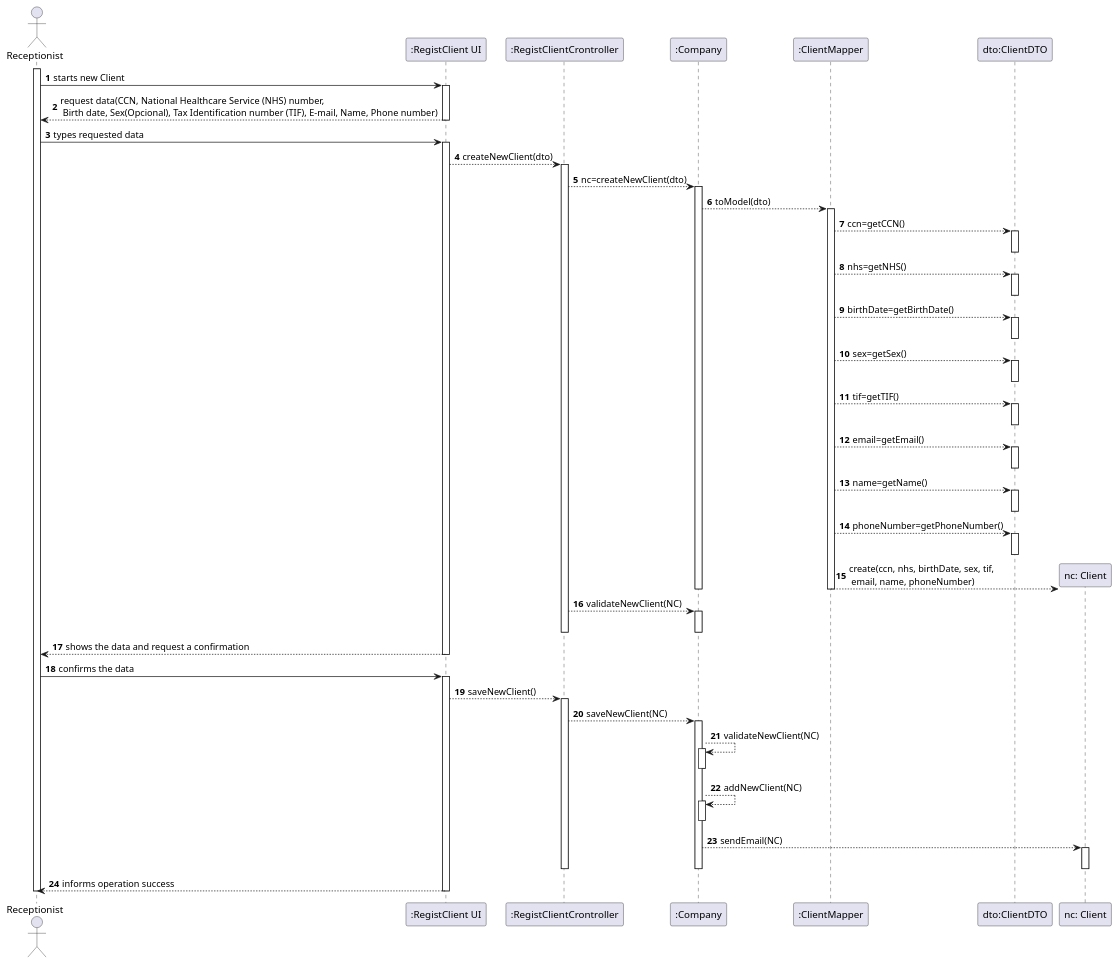
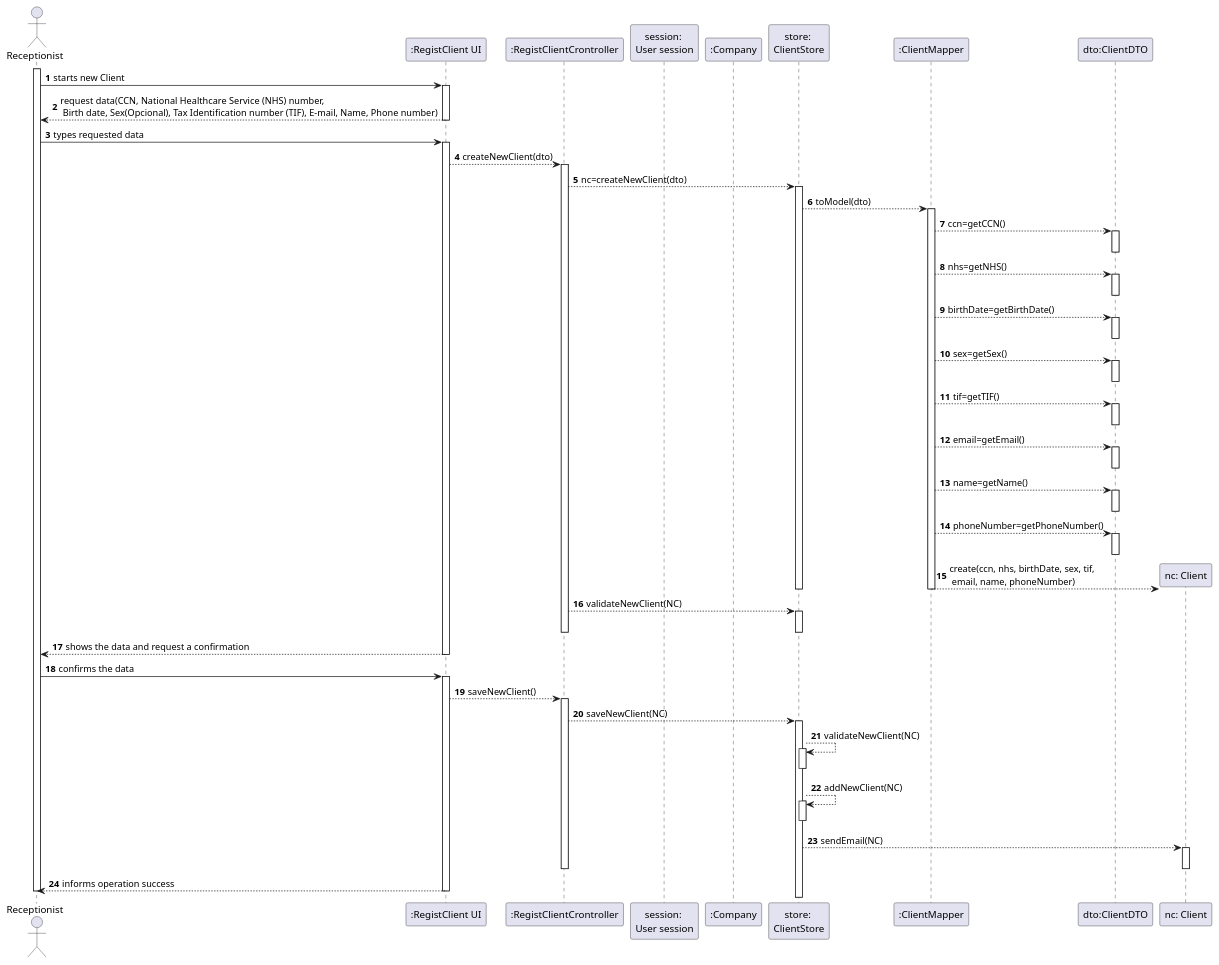
The diagram in docs/SprintB/US3_RegisterClient/US003_SD.puml (Pedromaia26/LAPR2-ISEP), drawn with PlantUML before and after one commit.

Commit message:
US003_SD.puml edited online with Bitbucket

```diff
--- a/docs/SprintB/US3_RegisterClient/US003_SD.puml
+++ b/docs/SprintB/US3_RegisterClient/US003_SD.puml
@@ -1,94 +1,99 @@
 @startuml
 actor Receptionist as Adm
 participant ":RegistClient UI" as System
 participant ":RegistClientCrontroller" as RCC
+participant "session: \nUser session" as US
 participant ":Company" as ML
+participant "store: \nClientStore" as CS
 participant ":ClientMapper" as cm
 participant "dto:ClientDTO" as cdto
+
 
 
 autonumber
 activate Adm
 Adm -> System: starts new Client
 activate System
+
+
 System --> Adm: request data(CCN, National Healthcare Service (NHS) number,\n Birth date, Sex(Opcional), Tax Identification number (TIF), E-mail, Name, Phone number)
 deactivate System
 
 
 
 
 Adm -> System: types requested data
 activate System
 System-->RCC: createNewClient(dto)
 activate RCC
-RCC-->ML: nc=createNewClient(dto)
-activate ML
+RCC-->CS: nc=createNewClient(dto)
+activate CS
 
 
-ML-->cm: toModel(dto)
+CS-->cm: toModel(dto)
 activate cm
 cm-->cdto: ccn=getCCN()
 activate cdto
 deactivate cdto
 cm-->cdto: nhs=getNHS()
 activate cdto
 deactivate cdto
 cm-->cdto: birthDate=getBirthDate()
 activate cdto
 deactivate cdto
 cm-->cdto: sex=getSex()
 activate cdto
 deactivate cdto
 cm-->cdto: tif=getTIF()
 activate cdto
 deactivate cdto
 cm-->cdto: email=getEmail()
 activate cdto
 deactivate cdto
 cm-->cdto: name=getName()
 activate cdto
 deactivate cdto
 cm-->cdto: phoneNumber=getPhoneNumber()
 activate cdto
 deactivate cdto
 
 
 create "nc: Client" as NC
 cm-->NC:  create(ccn, nhs, birthDate, sex, tif,\n email, name, phoneNumber)
 
 
 
 deactivate cm
-deactivate ML
+deactivate CS
 
-RCC-->ML:validateNewClient(NC)
-Activate ML
-deactivate ML
+RCC-->CS:validateNewClient(NC)
+Activate CS
+deactivate CS
 
 deactivate RCC
 
 System --> Adm: shows the data and request a confirmation
 deactivate System
 
 
 Adm -> System: confirms the data
 activate System
 System-->RCC: saveNewClient()
 activate RCC
-RCC-->ML:saveNewClient(NC)
-activate ML
-ML-->ML:validateNewClient(NC)
-activate ML
-deactivate ML
-ML-->ML:addNewClient(NC)
-activate ML
-deactivate ML
-ML-->NC:sendEmail(NC)
+RCC-->CS:saveNewClient(NC)
+activate CS
+CS-->CS:validateNewClient(NC)
+activate CS
+deactivate CS
+CS-->CS:addNewClient(NC)
+activate CS
+deactivate CS
+CS-->NC:sendEmail(NC)
 activate NC
 deactivate NC
 deactivate ML
 deactivate RCC
 System --> Adm: informs operation success
 deactivate System
 deactivate Adm
 @enduml
```
